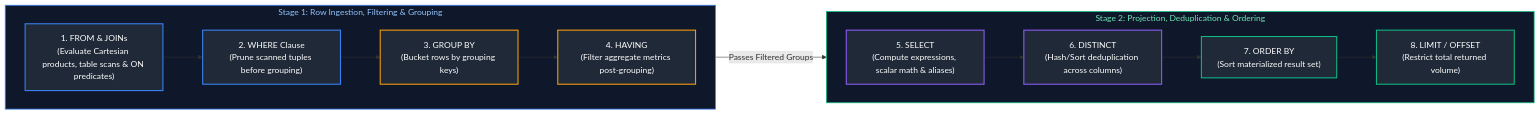
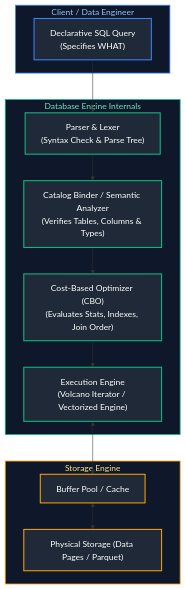
One commit to joydeep-biswas/Interview-Preparation changed the second of 10 diagrams in Data Engineering/01_sql_fundamentals.md. Above: the diagram before and after it, drawn with Mermaid. The commit also changed other lines of this file and 143 other files, not shown here.

````diff
--- a/Data Engineering/01_sql_fundamentals.md
+++ b/Data Engineering/01_sql_fundamentals.md
@@ -9,25 +152,32 @@
 ```mermaid
-flowchart LR
-    subgraph Stage1 ["Stage 1: Row Ingestion, Filtering & Grouping"]
-        direction LR
-        S1["1. FROM & JOINs<br/>(Evaluate Cartesian products, table scans & ON predicates)"] --> S2["2. WHERE Clause<br/>(Prune scanned tuples before grouping)"] --> S3["3. GROUP BY<br/>(Bucket rows by grouping keys)"] --> S4["4. HAVING<br/>(Filter aggregate metrics post-grouping)"]
+flowchart TD
+    subgraph Client ["Client / Data Engineer"]
+        Q["Declarative SQL Query<br/>(Specifies WHAT)"]
     end
 
-    subgraph Stage2 ["Stage 2: Projection, Deduplication & Ordering"]
-        direction LR
-        S5["5. SELECT<br/>(Compute expressions, scalar math & aliases)"] --> S6["6. DISTINCT<br/>(Hash/Sort deduplication across columns)"] --> S7["7. ORDER BY<br/>(Sort materialized result set)"] --> S8["8. LIMIT / OFFSET<br/>(Restrict total returned volume)"]
+    subgraph RDBMS ["Database Engine Internals"]
+        Parser["Parser & Lexer<br/>(Syntax Check & Parse Tree)"]
+        Analyzer["Catalog Binder / Semantic Analyzer<br/>(Verifies Tables, Columns & Types)"]
+        Optimizer["Cost-Based Optimizer (CBO)<br/>(Evaluates Stats, Indexes, Join Order)"]
+        Exec["Execution Engine<br/>(Volcano Iterator / Vectorized Engine)"]
     end
 
-    S4 -->|"Passes Filtered Groups"| S5
+    subgraph Storage ["Storage Engine"]
+        Buffer["Buffer Pool / Cache"]
+        Disk["Physical Storage (Data Pages / Parquet)"]
+    end
 
-    style Stage1 fill:#0f172a,stroke:#3b82f6,stroke-width:1.5px,color:#93c5fd
-    style Stage2 fill:#0f172a,stroke:#10b981,stroke-width:1.5px,color:#6ee7b7
-    style S1 fill:#1f2937,stroke:#3b82f6,stroke-width:2px,color:#fff
-    style S2 fill:#1f2937,stroke:#3b82f6,stroke-width:2px,color:#fff
-    style S3 fill:#1f2937,stroke:#f59e0b,stroke-width:2px,color:#fff
-    style S4 fill:#1f2937,stroke:#f59e0b,stroke-width:2px,color:#fff
-    style S5 fill:#1f2937,stroke:#8b5cf6,stroke-width:2px,color:#fff
-    style S6 fill:#1f2937,stroke:#8b5cf6,stroke-width:2px,color:#fff
-    style S7 fill:#1f2937,stroke:#10b981,stroke-width:2px,color:#fff
-    style S8 fill:#1f2937,stroke:#10b981,stroke-width:2px,color:#fff
+    Q --> Parser --> Analyzer --> Optimizer --> Exec
+    Exec <--> Buffer <--> Disk
+
+    style Client fill:#0f172a,stroke:#3b82f6,stroke-width:1.5px,color:#93c5fd
+    style RDBMS fill:#0f172a,stroke:#10b981,stroke-width:1.5px,color:#6ee7b7
+    style Storage fill:#0f172a,stroke:#f59e0b,stroke-width:1.5px,color:#fde68a
+    style Q fill:#1f2937,stroke:#3b82f6,stroke-width:2px,color:#fff
+    style Parser fill:#1f2937,stroke:#10b981,stroke-width:2px,color:#fff
+    style Analyzer fill:#1f2937,stroke:#10b981,stroke-width:2px,color:#fff
+    style Optimizer fill:#1f2937,stroke:#10b981,stroke-width:2px,color:#fff
+    style Exec fill:#1f2937,stroke:#10b981,stroke-width:2px,color:#fff
+    style Buffer fill:#1f2937,stroke:#f59e0b,stroke-width:2px,color:#fff
+    style Disk fill:#1f2937,stroke:#f59e0b,stroke-width:2px,color:#fff
 ```
````
